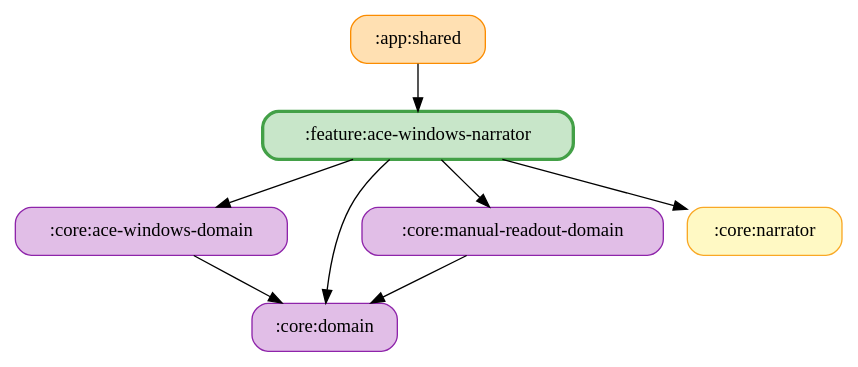
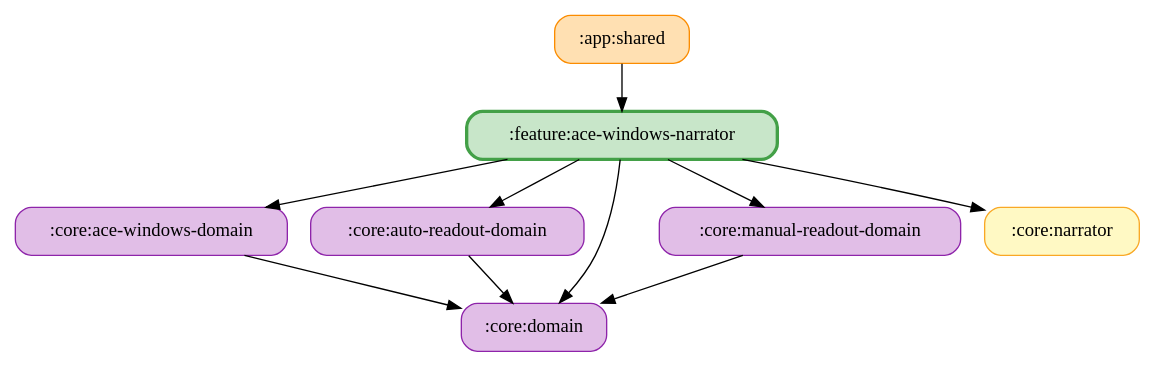
Before and after one commit to ai-kurou/KoDriver: the diagram in docs/graphs/feature-ace-windows-narrator.gv, drawn with Graphviz. The commit also changed 48 other files, not shown here.

Commit message:
chore: update module graph images

```diff
--- a/docs/graphs/feature-ace-windows-narrator.gv
+++ b/docs/graphs/feature-ace-windows-narrator.gv
@@ -1,17 +1,20 @@
 digraph G {
   rankdir=TB
   node [shape=box, style="rounded,filled"]
   ":app:shared" [fillcolor="#FFE0B2", color="#FB8C00", penwidth=1]
   ":core:ace-windows-domain" [fillcolor="#E1BEE7", color="#8E24AA", penwidth=1]
+  ":core:auto-readout-domain" [fillcolor="#E1BEE7", color="#8E24AA", penwidth=1]
   ":core:domain" [fillcolor="#E1BEE7", color="#8E24AA", penwidth=1]
   ":core:manual-readout-domain" [fillcolor="#E1BEE7", color="#8E24AA", penwidth=1]
   ":core:narrator" [fillcolor="#FFF9C4", color="#F9A825", penwidth=1]
   ":feature:ace-windows-narrator" [fillcolor="#C8E6C9", color="#43A047", penwidth=2.5]
   ":app:shared" -> ":feature:ace-windows-narrator"
   ":core:ace-windows-domain" -> ":core:domain"
+  ":core:auto-readout-domain" -> ":core:domain"
   ":core:manual-readout-domain" -> ":core:domain"
   ":feature:ace-windows-narrator" -> ":core:domain"
+  ":feature:ace-windows-narrator" -> ":core:auto-readout-domain"
   ":feature:ace-windows-narrator" -> ":core:ace-windows-domain"
   ":feature:ace-windows-narrator" -> ":core:manual-readout-domain"
   ":feature:ace-windows-narrator" -> ":core:narrator"
 }
```
